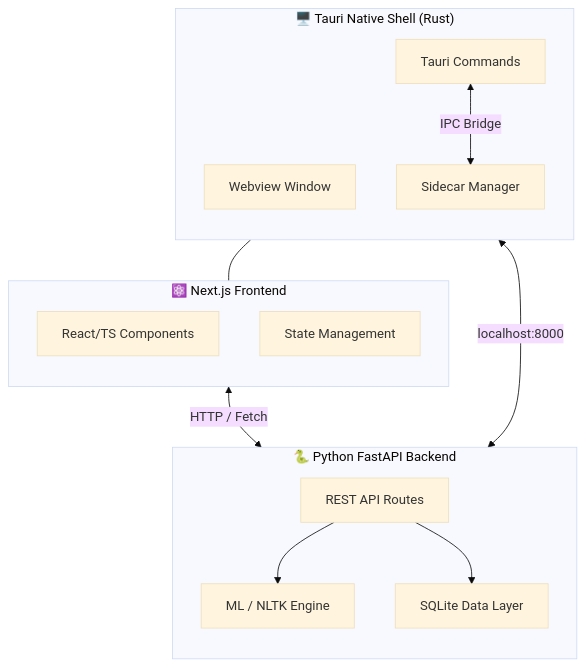
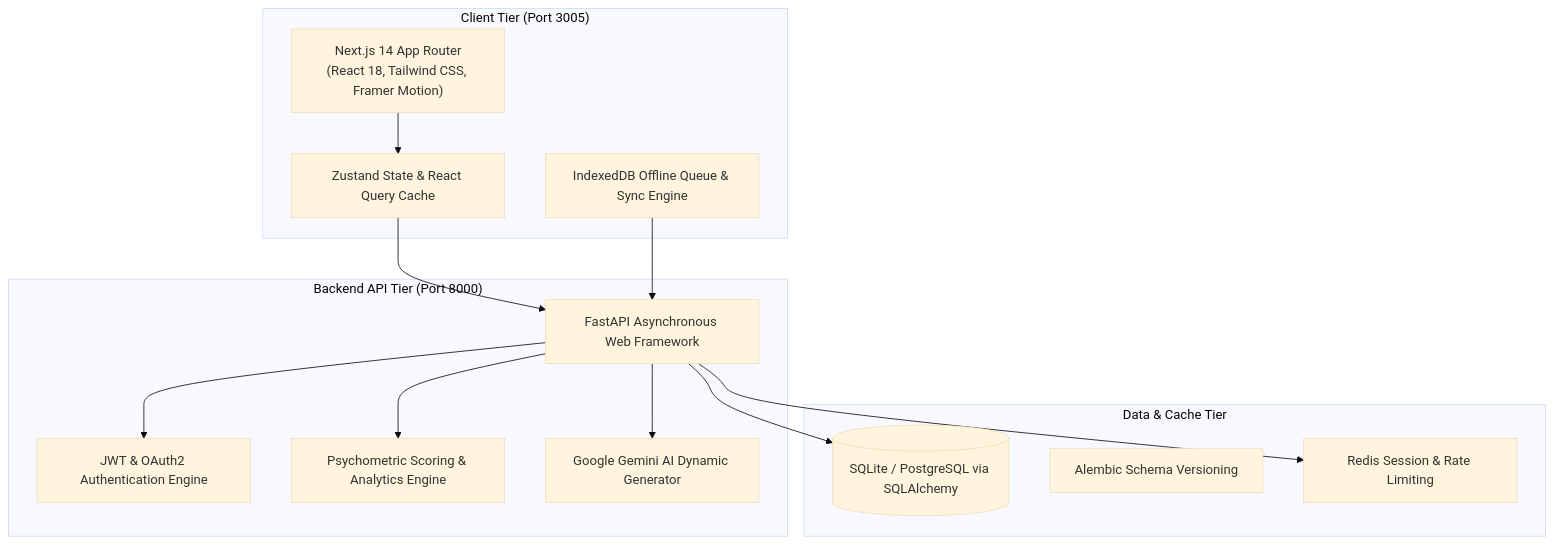
Before and after one commit to nupurmadaan04/SOUL_SENSE_EXAM: the diagram in README.md, drawn with Mermaid (base theme). The commit also changed other lines of this file and 351 other files, not shown here.

````diff
--- a/README.md
+++ b/README.md
@@ -91,29 +51,30 @@
 ```mermaid
-flowchart TB
-    subgraph Tauri["🖥️ Tauri Native Shell (Rust)"]
-        direction TB
-        TW["Webview Window"]
-        TC["Tauri Commands"]
-        SC["Sidecar Manager"]
+graph TB
+    subgraph Frontend["Client Tier (Port 3005)"]
+        UI["Next.js 14 App Router\n(React 18, Tailwind CSS, Framer Motion)"]
+        State["Zustand State & React Query Cache"]
+        Offline["IndexedDB Offline Queue & Sync Engine"]
     end
 
-    subgraph Frontend["⚛️ Next.js Frontend"]
-        direction TB
-        UI["React/TS Components"]
-        ST["State Management"]
+    subgraph Backend["Backend API Tier (Port 8000)"]
+        FastAPI["FastAPI Asynchronous Web Framework"]
+        Auth["JWT & OAuth2 Authentication Engine"]
+        Psychometrics["Psychometric Scoring & Analytics Engine"]
+        Gemini["Google Gemini AI Dynamic Generator"]
     end
 
-    subgraph Backend["🐍 Python FastAPI Backend"]
-        direction TB
-        API["REST API Routes"]
-        ML["ML / NLTK Engine"]
-        DB["SQLite Data Layer"]
+    subgraph Storage["Data & Cache Tier"]
+        DB[(SQLite / PostgreSQL via SQLAlchemy)]
+        Migrations["Alembic Schema Versioning"]
+        Redis["Redis Session & Rate Limiting"]
     end
 
-    TW --- UI
-    TC <-->|"IPC Bridge"| SC
-    SC <-->|"localhost:8000"| API
-    UI <-->|"HTTP / Fetch"| API
-    API --> ML
-    API --> DB
+    UI --> State
+    State --> FastAPI
+    Offline --> FastAPI
+    FastAPI --> Auth
+    FastAPI --> Psychometrics
+    FastAPI --> Gemini
+    FastAPI --> DB
+    FastAPI --> Redis
 ```
````
